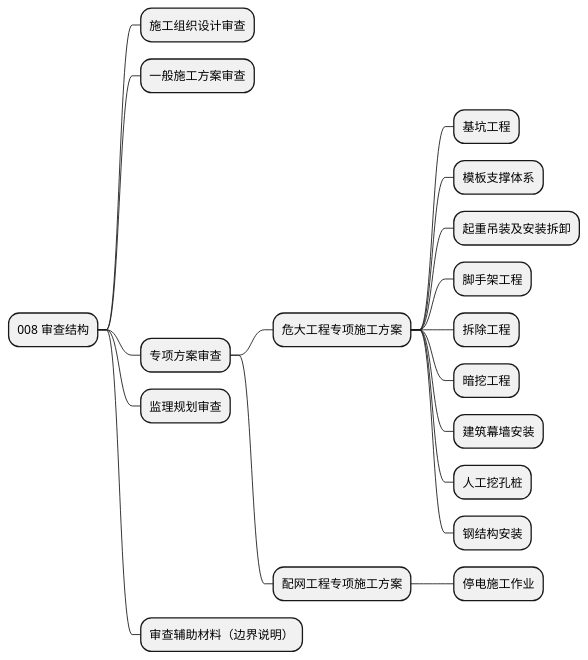
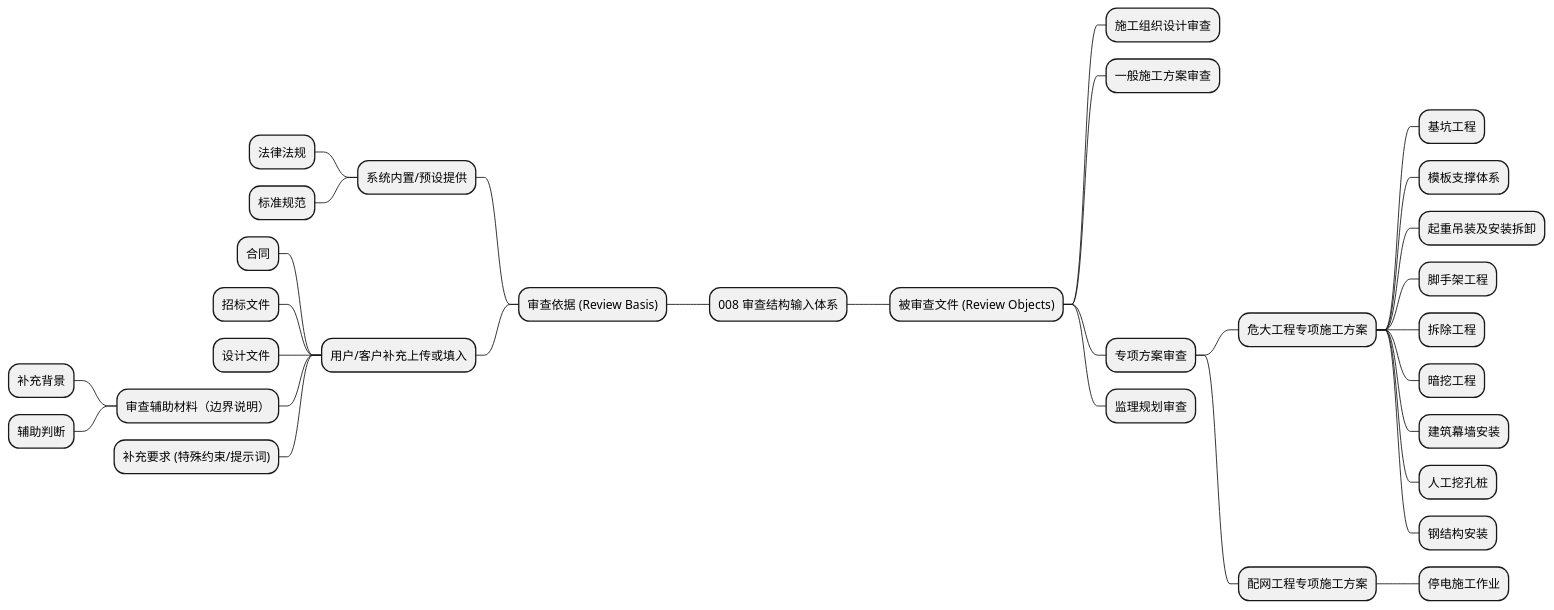
One commit to watsonk1998/008-review-control-plane changed the diagram in docs/20-design/review-structure-overview.md. Above: the diagram before and after it, drawn with PlantUML. The commit also changed other lines of this file and 43 other files, not shown here.

````diff
--- a/docs/20-design/review-structure-overview.md
+++ b/docs/20-design/review-structure-overview.md
@@ -186,22 +217,37 @@
 ```plantuml
 @startmindmap
-* 008 审查结构
-** 施工组织设计审查
-** 一般施工方案审查
-** 专项方案审查
-*** 危大工程专项施工方案
-**** 基坑工程
-**** 模板支撑体系
-**** 起重吊装及安装拆卸
-**** 脚手架工程
-**** 拆除工程
-**** 暗挖工程
-**** 建筑幕墙安装
-**** 人工挖孔桩
-**** 钢结构安装
-*** 配网工程专项施工方案
-**** 停电施工作业
-** 监理规划审查
-** 审查辅助材料（边界说明）
+* 008 审查结构输入体系
+left side
+** 审查依据 (Review Basis)
+*** 系统内置/预设提供
+**** 法律法规
+**** 标准规范
+*** 用户/客户补充上传或填入
+**** 合同
+**** 招标文件
+**** 设计文件
+**** 审查辅助材料（边界说明）
+***** 补充背景
+***** 辅助判断
+**** 补充要求 (特殊约束/提示词)
+
+right side
+** 被审查文件 (Review Objects)
+*** 施工组织设计审查
+*** 一般施工方案审查
+*** 专项方案审查
+**** 危大工程专项施工方案
+***** 基坑工程
+***** 模板支撑体系
+***** 起重吊装及安装拆卸
+***** 脚手架工程
+***** 拆除工程
+***** 暗挖工程
+***** 建筑幕墙安装
+***** 人工挖孔桩
+***** 钢结构安装
+**** 配网工程专项施工方案
+***** 停电施工作业
+*** 监理规划审查
 @endmindmap
 ```
````
